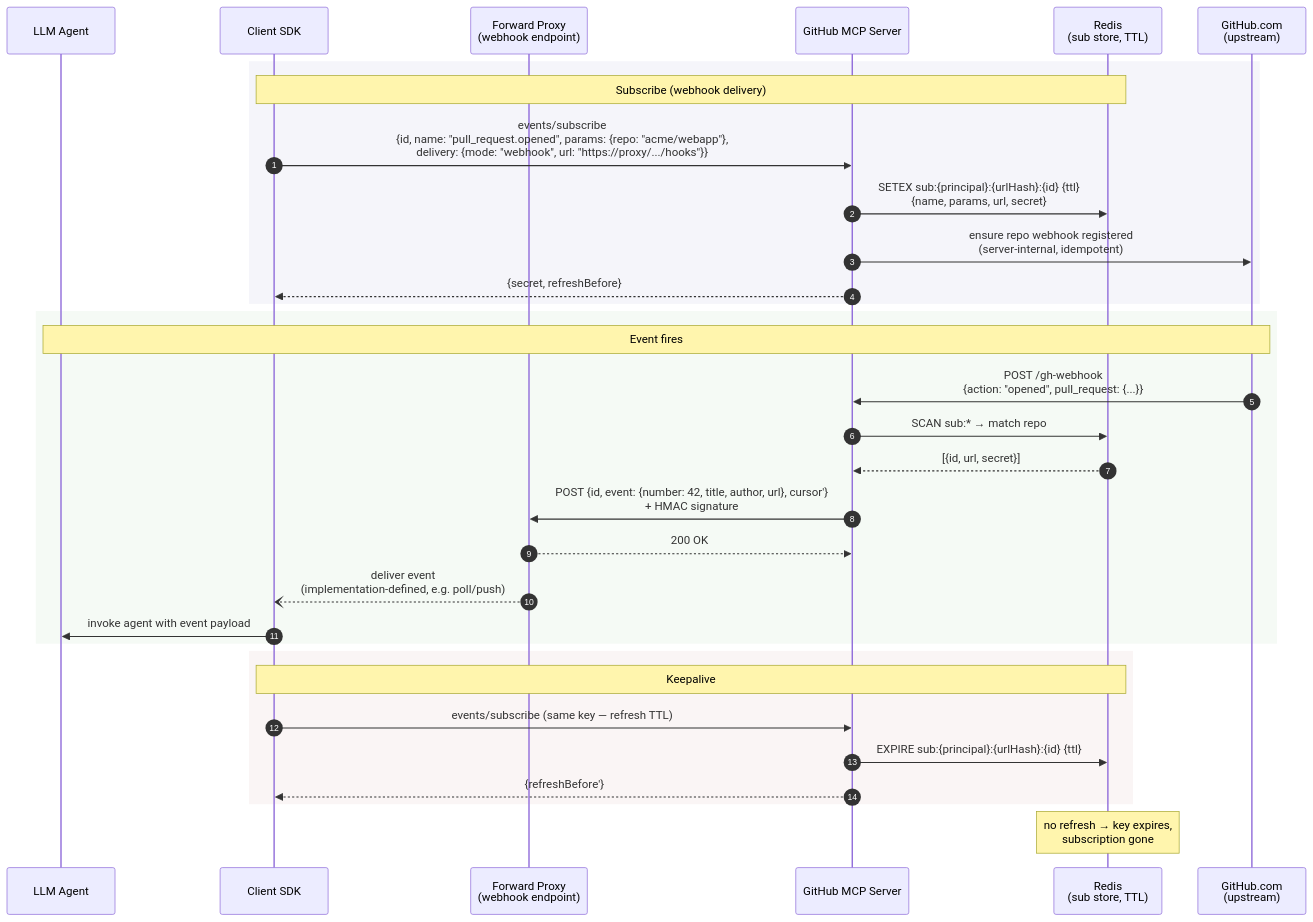
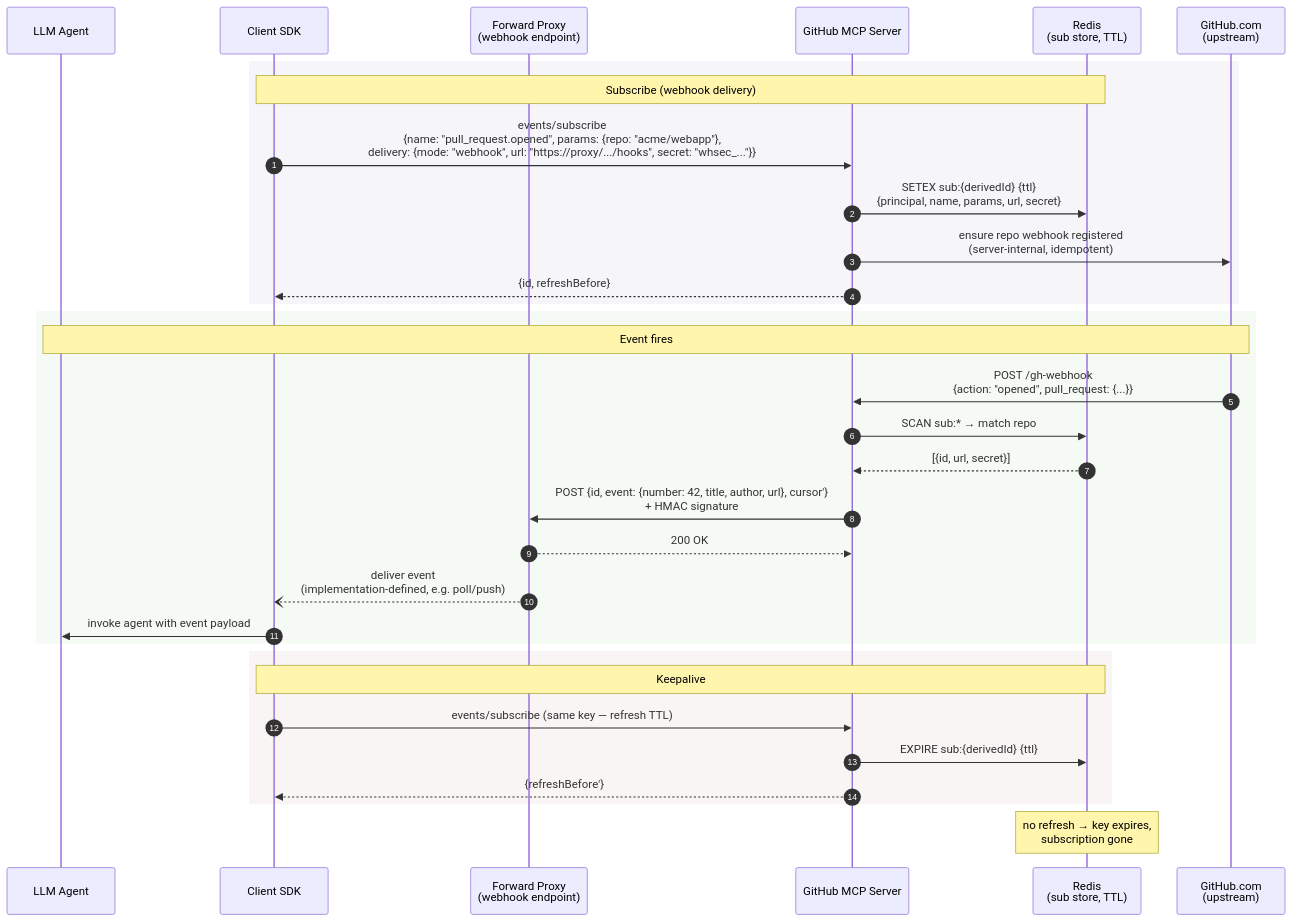
The fourth of 4 diagrams in docs/design-sketch-proposal.md (modelcontextprotocol/experimental-ext-triggers-events), drawn with Mermaid before and after one commit. The commit also changed other lines of this file, not shown here.

First line of the commit message:
Revise Events design sketch: Standard Webhooks, client-supplied secret, tuple-based identity

````diff
--- a/docs/design-sketch-proposal.md
+++ b/docs/design-sketch-proposal.md
@@ -889,37 +888,37 @@
 ```mermaid
 sequenceDiagram
     autonumber
     participant LLM as LLM Agent
     participant SDK as Client SDK
     participant Proxy as Forward Proxy<br/>(webhook endpoint)
     participant Server as GitHub MCP Server
     participant Redis as Redis<br/>(sub store, TTL)
     participant GH as GitHub.com<br/>(upstream)
 
     rect rgb(245,245,250)
         Note over SDK,Redis: Subscribe (webhook delivery)
-        SDK->>Server: events/subscribe<br/>{id, name: "pull_request.opened", params: {repo: "acme/webapp"},<br/>delivery: {mode: "webhook", url: "https://proxy/.../hooks"}}
-        Server->>Redis: SETEX sub:{principal}:{urlHash}:{id} {ttl}<br/>{name, params, url, secret}
+        SDK->>Server: events/subscribe<br/>{name: "pull_request.opened", params: {repo: "acme/webapp"},<br/>delivery: {mode: "webhook", url: "https://proxy/.../hooks", secret: "whsec_..."}}
+        Server->>Redis: SETEX sub:{derivedId} {ttl}<br/>{principal, name, params, url, secret}
         Server->>GH: ensure repo webhook registered<br/>(server-internal, idempotent)
-        Server-->>SDK: {secret, refreshBefore}
+        Server-->>SDK: {id, refreshBefore}
     end
 
     rect rgb(245,250,245)
         Note over GH,LLM: Event fires
         GH->>Server: POST /gh-webhook<br/>{action: "opened", pull_request: {...}}
         Server->>Redis: SCAN sub:* → match repo
         Redis-->>Server: [{id, url, secret}]
         Server->>Proxy: POST {id, event: {number: 42, title, author, url}, cursor'}<br/>+ HMAC signature
         Proxy-->>Server: 200 OK
         Proxy--)SDK: deliver event<br/>(implementation-defined, e.g. poll/push)
         SDK->>LLM: invoke agent with event payload
     end
 
     rect rgb(250,245,245)
         Note over SDK,Redis: Keepalive
         SDK->>Server: events/subscribe (same key — refresh TTL)
-        Server->>Redis: EXPIRE sub:{principal}:{urlHash}:{id} {ttl}
+        Server->>Redis: EXPIRE sub:{derivedId} {ttl}
         Server-->>SDK: {refreshBefore'}
     end
     Note over Redis: no refresh → key expires,<br/>subscription gone
 ```
````
